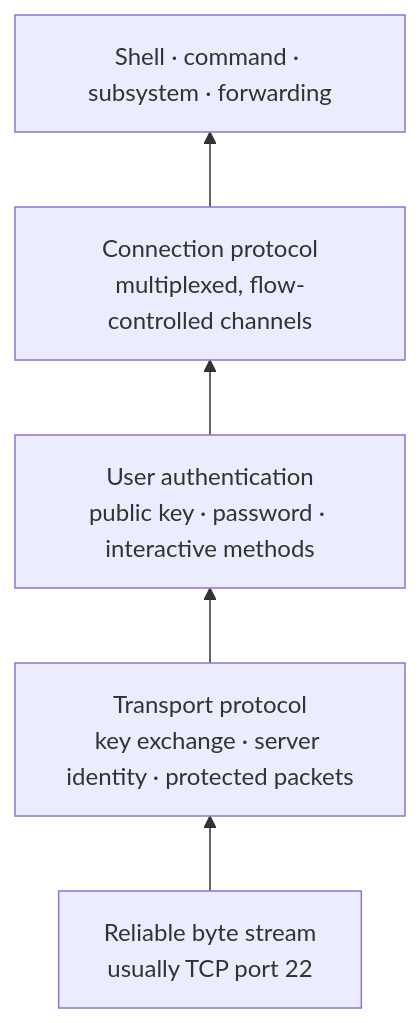
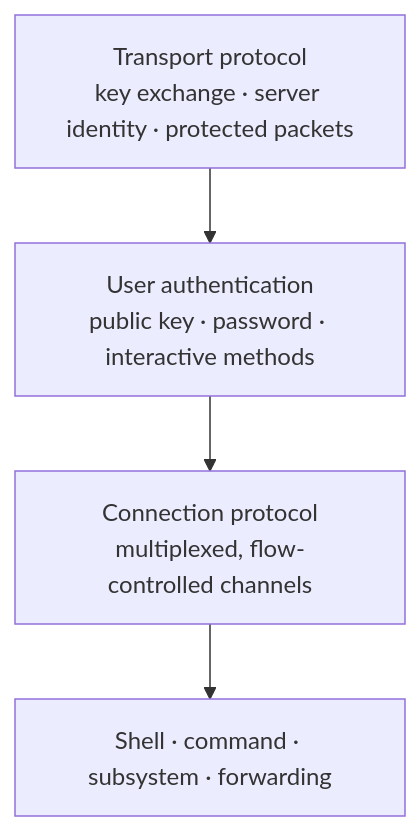
One commit to fornwall/ssh-protocol changed the first of 2 diagrams in src/introduction.md. Above: the diagram before and after it, drawn with Mermaid. The commit also changed other lines of this file, not shown here.

````diff
--- a/src/introduction.md
+++ b/src/introduction.md
@@ -15,8 +11,7 @@
 ```mermaid
-flowchart BT
-    TCP["Reliable byte stream<br/>usually TCP port 22"] --> Transport
+flowchart TD
     Transport["Transport protocol<br/>key exchange · server identity · protected packets"] --> Auth
     Auth["User authentication<br/>public key · password · interactive methods"] --> Connection
     Connection["Connection protocol<br/>multiplexed, flow-controlled channels"] --> Uses
     Uses["Shell · command · subsystem · forwarding"]
 ```
````
